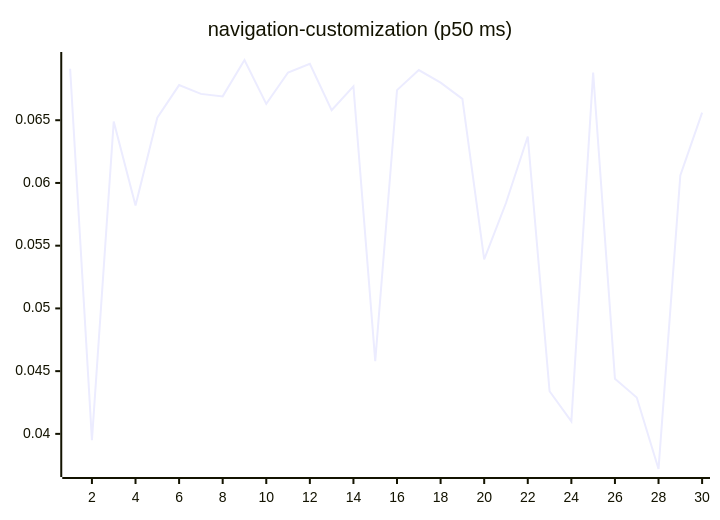
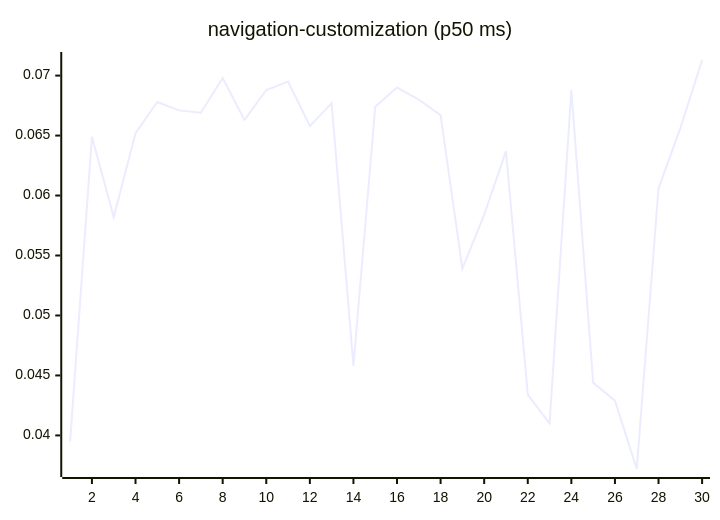
One commit to josha/Facet changed diagram 15 of 27 in README.md. Above: the diagram before and after it, drawn with Mermaid. The commit also changed other lines of this file and 2 other files, not shown here.

````diff
--- a/README.md
+++ b/README.md
@@ -161,6 +161,6 @@
 ```mermaid
 xychart-beta
     title "navigation-customization (p50 ms)"
     x-axis 1 --> 30
-    line [0.0691, 0.0395, 0.0649, 0.0582, 0.0652, 0.0678, 0.0671, 0.0669, 0.0698, 0.0663, 0.0688, 0.0695, 0.0658, 0.0677, 0.0458, 0.0674, 0.0690, 0.0680, 0.0667, 0.0539, 0.0584, 0.0637, 0.0434, 0.0410, 0.0688, 0.0444, 0.0429, 0.0372, 0.0606, 0.0656]
+    line [0.0395, 0.0649, 0.0582, 0.0652, 0.0678, 0.0671, 0.0669, 0.0698, 0.0663, 0.0688, 0.0695, 0.0658, 0.0677, 0.0458, 0.0674, 0.0690, 0.0680, 0.0667, 0.0539, 0.0584, 0.0637, 0.0434, 0.0410, 0.0688, 0.0444, 0.0429, 0.0372, 0.0606, 0.0656, 0.0713]
 ```
````
